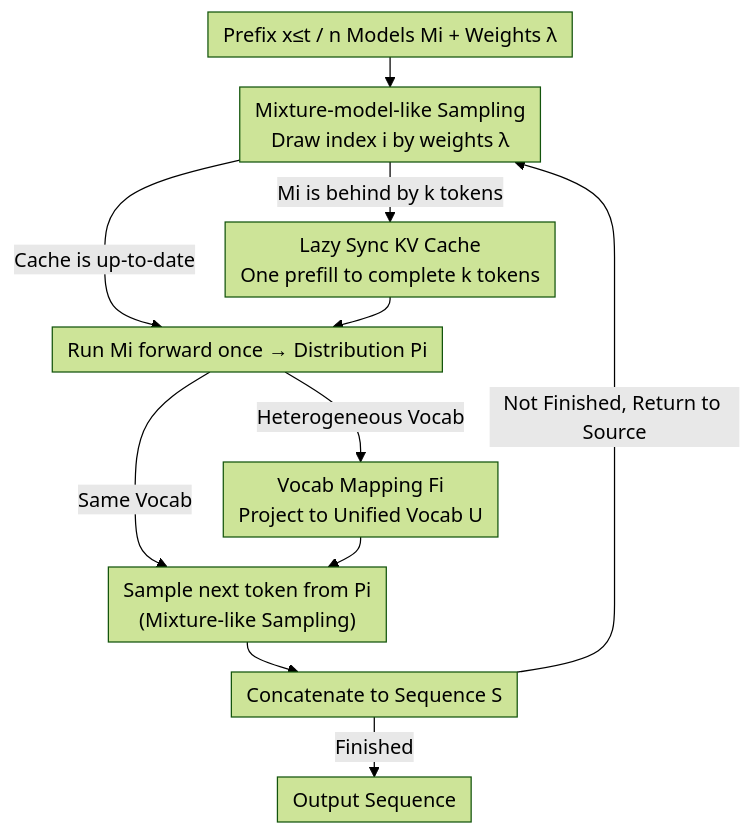
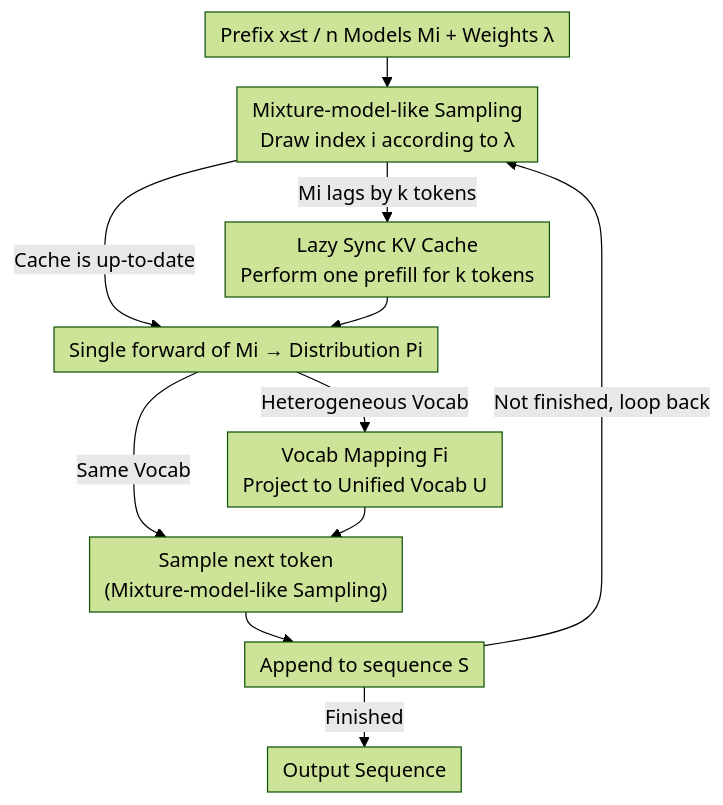
One commit to zhaoyang97/Paper-Notes-en changed the diagram in docs/ICML2026/llm_nlp/rethinking_llm_ensembling_from_the_perspective_of_mixture_models.md. Above: the diagram before and after it, drawn with Mermaid (forest theme). The commit also changed other lines of this file and 5084 other files, not shown here.

````diff
--- a/docs/ICML2026/llm_nlp/rethinking_llm_ensembling_from_the_perspective_of_mixture_models.md
+++ b/docs/ICML2026/llm_nlp/rethinking_llm_ensembling_from_the_perspective_of_mixture_models.md
@@ -41,14 +41,14 @@
 ```mermaid
 %%{init: {'flowchart': {'rankSpacing': 24, 'nodeSpacing': 28, 'padding': 6, 'wrappingWidth': 400}}}%%
 flowchart TD
-    A["Prefix x≤t / n Models Mi + Weights λ"] --> B["Mixture-model-like Sampling<br/>Draw index i by weights λ"]
-    B -->|"Mi is behind by k tokens"| C["Lazy Sync KV Cache<br/>One prefill to complete k tokens"]
-    B -->|"Cache is up-to-date"| D["Run Mi forward once → Distribution Pi"]
+    A["Prefix x≤t / n Models Mi + Weights λ"] --> B["Mixture-model-like Sampling<br/>Draw index i according to λ"]
+    B -->|"Mi lags by k tokens"| C["Lazy Sync KV Cache<br/>Perform one prefill for k tokens"]
+    B -->|"Cache is up-to-date"| D["Single forward of Mi → Distribution Pi"]
     C --> D
     D -->|"Heterogeneous Vocab"| E["Vocab Mapping Fi<br/>Project to Unified Vocab U"]
-    D -->|"Same Vocab"| F["Sample next token from Pi<br/>(Mixture-like Sampling)"]
+    D -->|"Same Vocab"| F["Sample next token<br/>(Mixture-model-like Sampling)"]
     E --> F
-    F --> G["Concatenate to Sequence S"]
-    G -->|"Not Finished, Return to Source"| B
+    F --> G["Append to sequence S"]
+    G -->|"Not finished, loop back"| B
     G -->|"Finished"| H["Output Sequence"]
 ```
````
